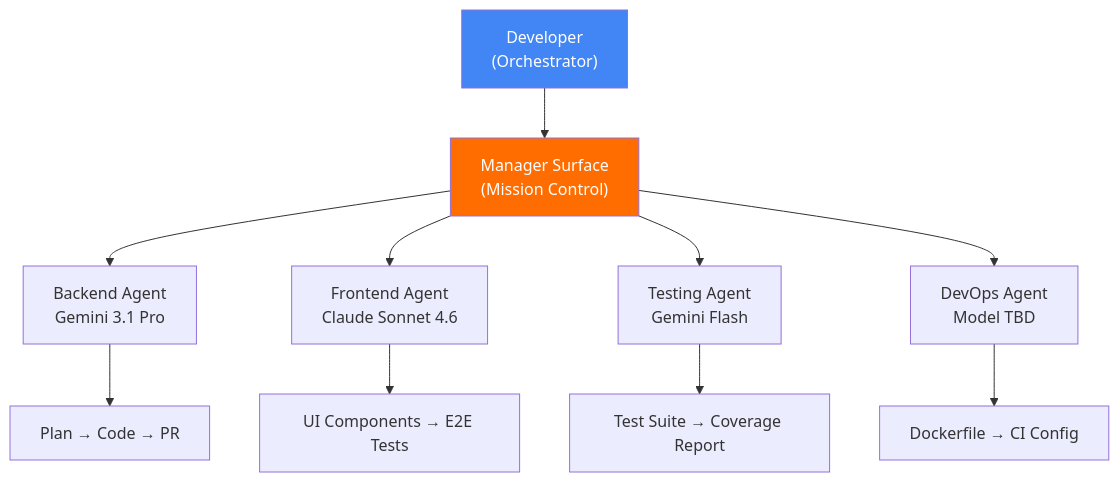
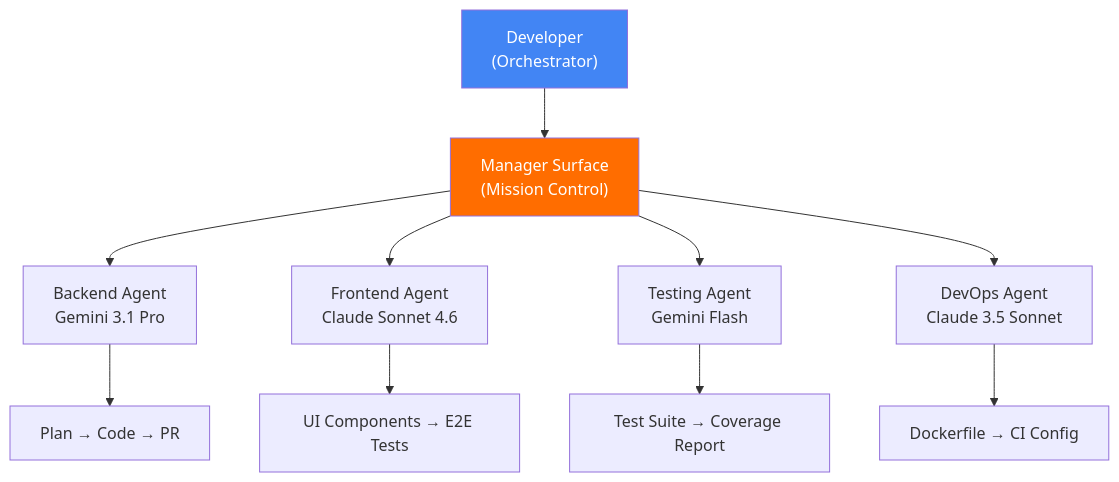
One commit to vesviet/vesviet changed diagram 20 of 25 in content/radar/2026-05/_index.md. Above: the diagram before and after it, drawn with Mermaid. The commit also changed other lines of this file and 280 other files, not shown here.

````diff
--- a/content/radar/2026-05/_index.md
+++ b/content/radar/2026-05/_index.md
@@ -2104,17 +1904,17 @@
 ```mermaid
 flowchart TD
     Dev["Developer<br/>(Orchestrator)"] --> MS["Manager Surface<br/>(Mission Control)"]
 
     MS --> A1["Backend Agent<br/>Gemini 3.1 Pro"]
     MS --> A2["Frontend Agent<br/>Claude Sonnet 4.6"]
     MS --> A3["Testing Agent<br/>Gemini Flash"]
-    MS --> A4["DevOps Agent<br/>Model TBD"]
+    MS --> A4["DevOps Agent<br/>Claude 3.5 Sonnet"]
 
     A1 --> R1["Plan → Code → PR"]
     A2 --> R2["UI Components → E2E Tests"]
     A3 --> R3["Test Suite → Coverage Report"]
     A4 --> R4["Dockerfile → CI Config"]
 
     style Dev fill:#4285f4,color:#fff
     style MS fill:#ff6d00,color:#fff
 ```
````
